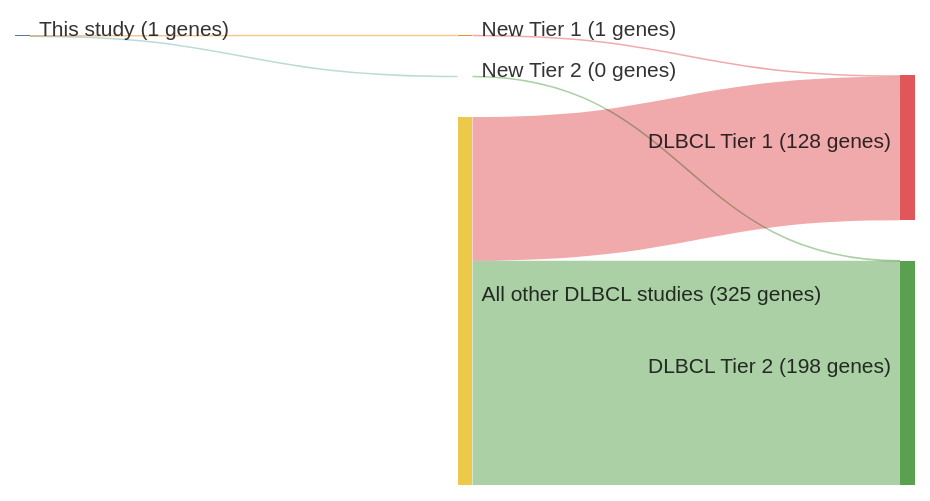
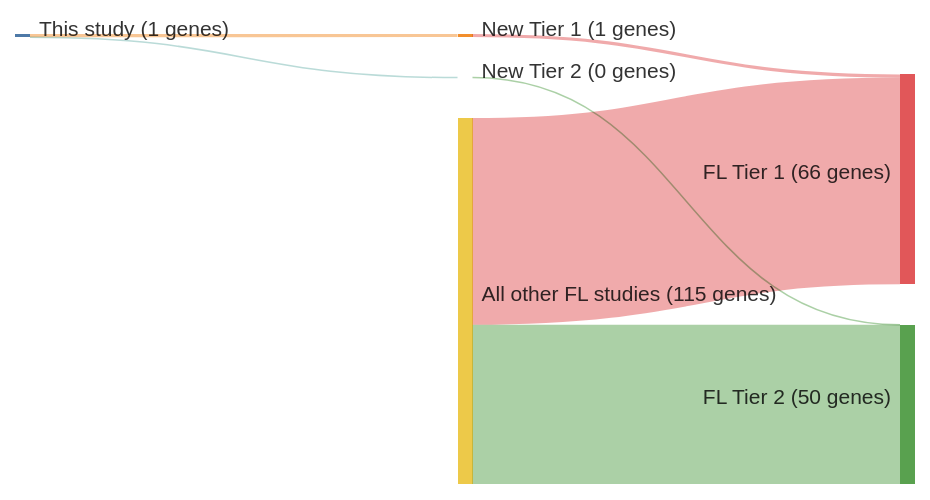
Before and after one commit to morinlab/lymphopedia: the diagram in papers/cheungAcquiredTNFRSF14Mutations2010a.md, drawn with Mermaid. The commit also changed other lines of this file and 4 other files, not shown here.

````diff
--- a/papers/cheungAcquiredTNFRSF14Mutations2010a.md
+++ b/papers/cheungAcquiredTNFRSF14Mutations2010a.md
@@ -13,20 +13,20 @@
 ```mermaid
 ---
 config:
     sankey:
         showValues: true
         linkColor: target
         width: 600
         height: 300
         nodeAlignment: right
         prefix: '('
         suffix: ' genes)'
 ---
 sankey-beta
 This study, New Tier 1, 1
-New Tier 1, DLBCL Tier 1, 1
+New Tier 1, FL Tier 1, 1
 This study, New Tier 2, 0
-New Tier 2, DLBCL Tier 2, 0
-All other DLBCL studies, DLBCL Tier 1, 127
-All other DLBCL studies, DLBCL Tier 2, 198
+New Tier 2, FL Tier 2, 0
+All other FL studies, FL Tier 1, 65
+All other FL studies, FL Tier 2, 50
 ```
````
